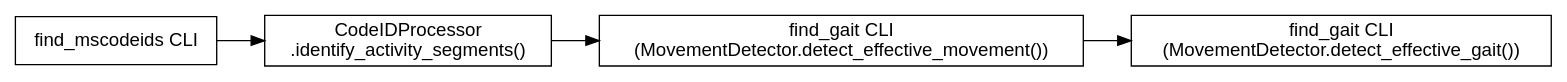
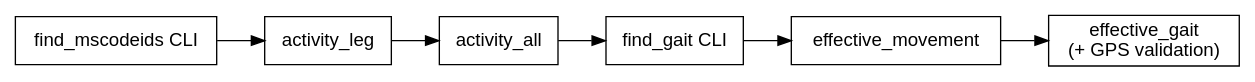
The diagram in docs/index.rst (MultipleSclerosisMonitoring/DPC_2024), drawn with Graphviz before and after one commit. The commit also changed other lines of this file and 35 other files, not shown here.

```diff
--- a/docs/index.rst
+++ b/docs/index.rst
@@ -20,17 +32,19 @@
 .. graphviz::
-   :caption: High-Level Workflow Overview
+   :caption: High-level pipeline overview
    :align: center
 
    digraph overview {
       rankdir=LR;
       graph [fontname="Helvetica"];
       node  [shape=box, fontname="Helvetica"];
       edge  [fontname="Helvetica"];
 
       FindMSCodeIDs   [label="find_mscodeids CLI"];
-      IdentifySegs    [label="CodeIDProcessor\n.identify_activity_segments()"];
-      DetectMovement  [label="find_gait CLI\n(MovementDetector.detect_effective_movement())"];
-      DetectGait      [label="find_gait CLI\n(MovementDetector.detect_effective_gait())"];
+      ActivityLeg     [label="activity_leg"];
+      ActivityAll     [label="activity_all"];
+      FindGait        [label="find_gait CLI"];
+      EffectiveMove   [label="effective_movement"];
+      EffectiveGait   [label="effective_gait\n(+ GPS validation)"];
 
-      FindMSCodeIDs -> IdentifySegs -> DetectMovement -> DetectGait;
+      FindMSCodeIDs -> ActivityLeg -> ActivityAll -> FindGait -> EffectiveMove -> EffectiveGait;
    }
```
